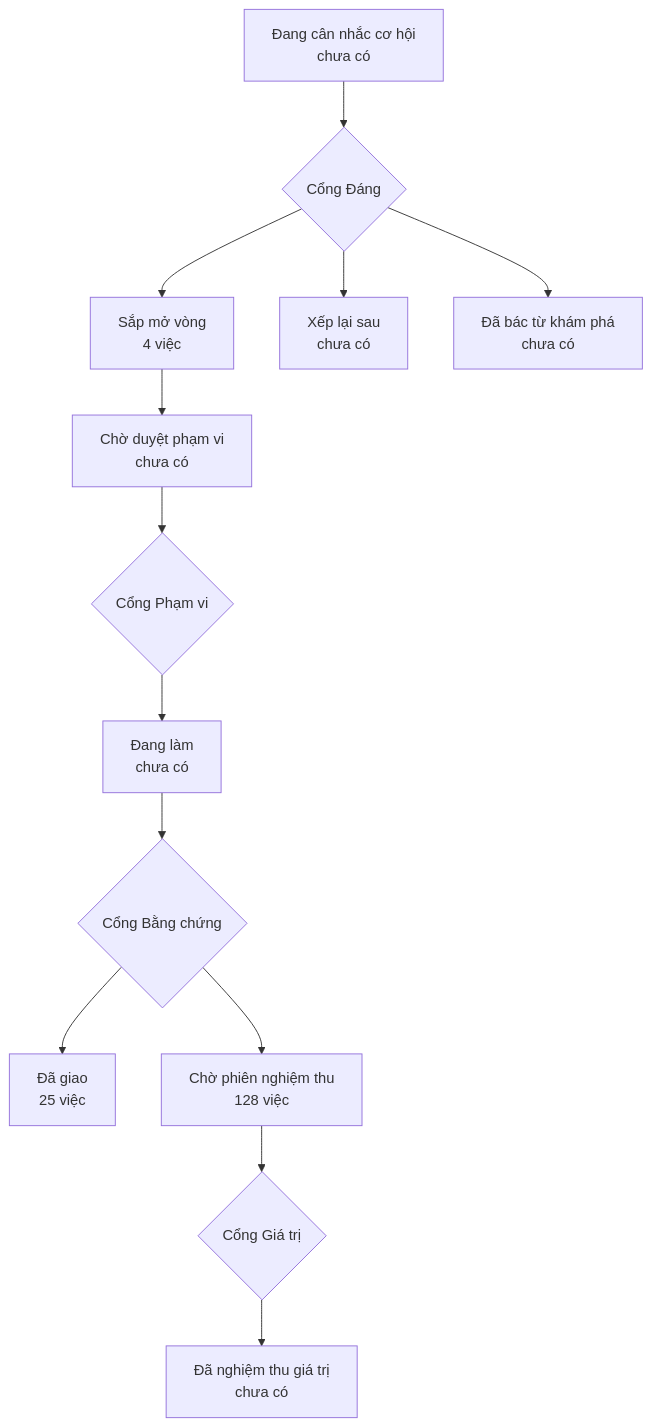
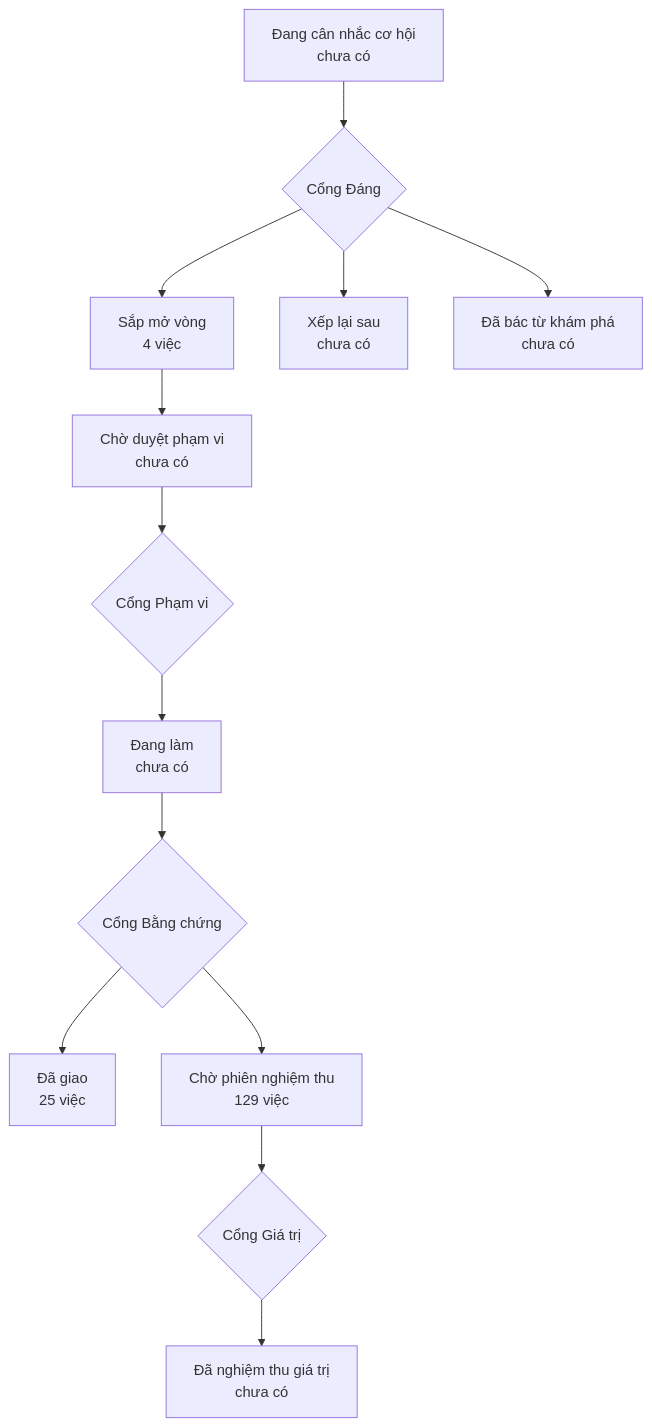
One commit to phanlemanh/onehub-quy-hang changed the diagram in PRODUCT-MAP.md. Above: the diagram before and after it, drawn with Mermaid. The commit also changed other lines of this file and 1 other file, not shown here.

Commit message:
chore(acceptance): chu-san-du-vai vẽ lại bản đồ sau gộp nhánh chính

````diff
--- a/PRODUCT-MAP.md
+++ b/PRODUCT-MAP.md
@@ -7,12 +7,12 @@
 ```mermaid
 flowchart TD
   A["Đang cân nhắc cơ hội<br/>chưa có"] --> GD{"Cổng Đáng"}
   GD --> B["Sắp mở vòng<br/>4 việc"]
   GD --> XL["Xếp lại sau<br/>chưa có"]
   GD --> DB["Đã bác từ khám phá<br/>chưa có"]
   B --> CD["Chờ duyệt phạm vi<br/>chưa có"] --> GP{"Cổng Phạm vi"}
   GP --> DL["Đang làm<br/>chưa có"] --> GB{"Cổng Bằng chứng"}
   GB --> DG["Đã giao<br/>25 việc"]
-  GB --> CN["Chờ phiên nghiệm thu<br/>128 việc"] --> GG{"Cổng Giá trị"}
+  GB --> CN["Chờ phiên nghiệm thu<br/>129 việc"] --> GG{"Cổng Giá trị"}
   GG --> NT["Đã nghiệm thu giá trị<br/>chưa có"]
 ```
````
